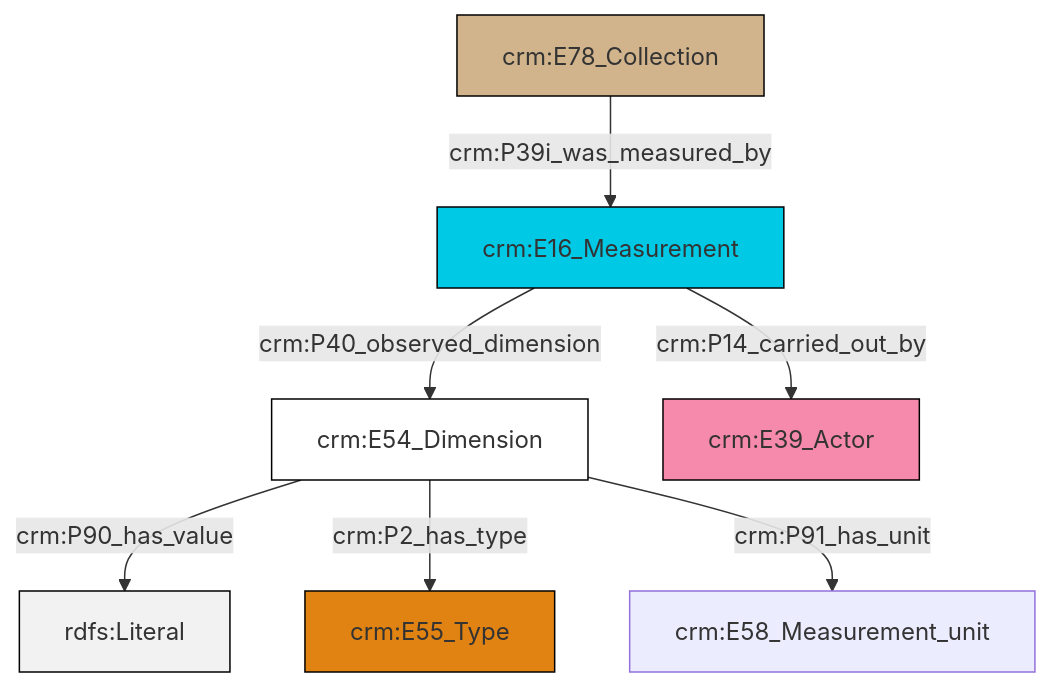
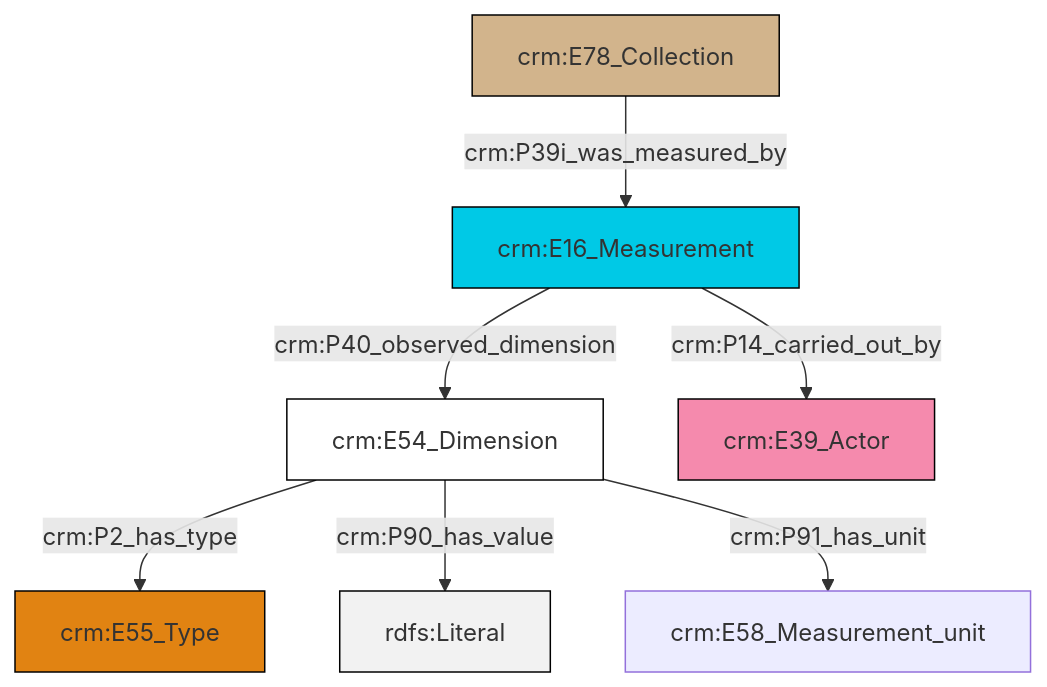
The diagram in et/archivalCSV/ttl/mmd/archival_substance.ttl.mmd (swiss-art-research-net/docs.swissartresearch), drawn with Mermaid before and after one commit. The commit also changed 179 other files, not shown here.

```diff
--- a/et/archivalCSV/ttl/mmd/archival_substance.ttl.mmd
+++ b/et/archivalCSV/ttl/mmd/archival_substance.ttl.mmd
@@ -1,21 +1,21 @@
 graph TD
 classDef Literal fill:#f2f2f2,stroke:#000000;
 classDef CRM_Entity fill:#FFFFFF,stroke:#000000;
 classDef Temporal_Entity fill:#00C9E6, stroke:#000000;
 classDef Type fill:#E18312, stroke:#000000;
 classDef Time-Span fill:#2C9C91, stroke:#000000;
 classDef Appellation fill:#FFEB7F, stroke:#000000;
 classDef Place fill:#008836, stroke:#000000;
 classDef Persistent_Item fill:#B266B2, stroke:#000000;
 classDef Conceptual_Object fill:#FFD700, stroke:#000000;
 classDef Physical_Thing fill:#D2B48C, stroke:#000000;
 classDef Actor fill:#f58aad, stroke:#000000;
 classDef PC_Classes fill:#4ce600, stroke:#000000;
 classDef Multi fill:#cccccc,stroke:#000000;
 
-0["crm:E78_Collection"]:::Physical_Thing -->|crm:P39i_was_measured_by| 1["crm:E16_Measurement"]:::Temporal_Entity
-2["crm:E54_Dimension"]:::CRM_Entity -->|crm:P90_has_value| 3[rdfs:Literal]:::Literal
-2["crm:E54_Dimension"]:::CRM_Entity -->|crm:P2_has_type| 4["crm:E55_Type"]:::Type
-1["crm:E16_Measurement"]:::Temporal_Entity -->|crm:P40_observed_dimension| 2["crm:E54_Dimension"]:::CRM_Entity
-1["crm:E16_Measurement"]:::Temporal_Entity -->|crm:P14_carried_out_by| 7["crm:E39_Actor"]:::Actor
-2["crm:E54_Dimension"]:::CRM_Entity -->|crm:P91_has_unit| 8["crm:E58_Measurement_unit"]:::Default
+0["crm:E54_Dimension"]:::CRM_Entity -->|crm:P2_has_type| 2["crm:E55_Type"]:::Type
+3["crm:E16_Measurement"]:::Temporal_Entity -->|crm:P14_carried_out_by| 4["crm:E39_Actor"]:::Actor
+3["crm:E16_Measurement"]:::Temporal_Entity -->|crm:P40_observed_dimension| 0["crm:E54_Dimension"]:::CRM_Entity
+0["crm:E54_Dimension"]:::CRM_Entity -->|crm:P90_has_value| 10[rdfs:Literal]:::Literal
+11["crm:E78_Collection"]:::Physical_Thing -->|crm:P39i_was_measured_by| 3["crm:E16_Measurement"]:::Temporal_Entity
+0["crm:E54_Dimension"]:::CRM_Entity -->|crm:P91_has_unit| 7["crm:E58_Measurement_unit"]:::Default
```
